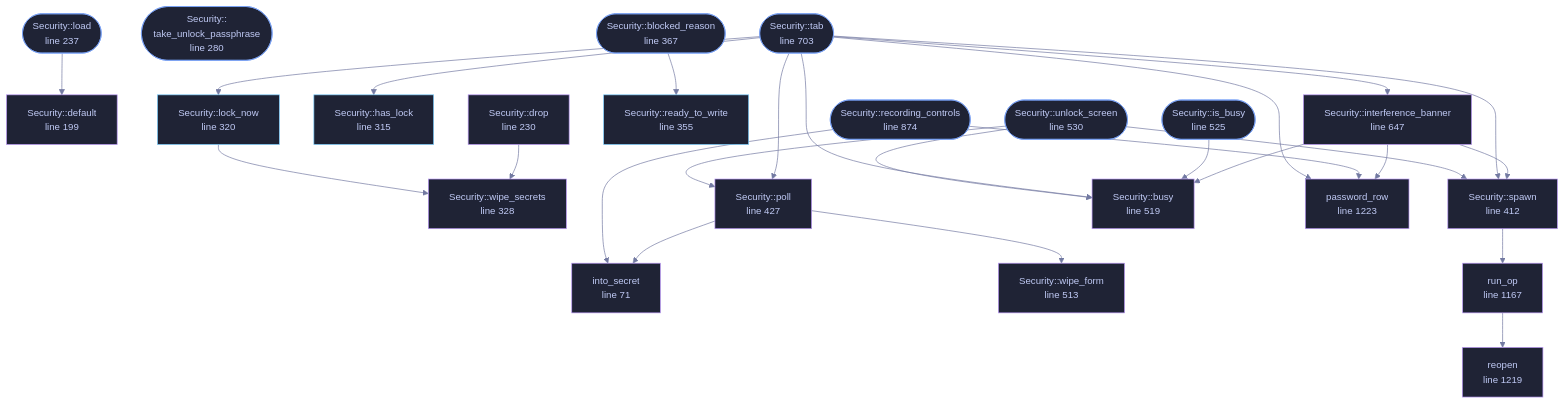
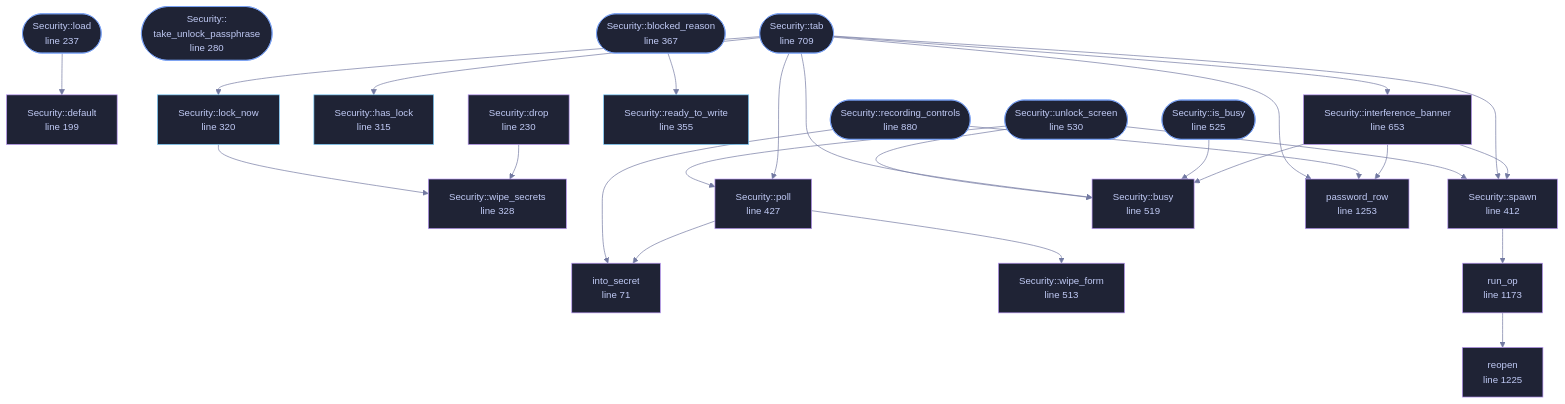
Before and after one commit to tilas01/veilvoice: the diagram in docs/files/veilvoice-gui/security.md, drawn with Mermaid. The commit also changed other lines of this file and 65 other files, not shown here.

First line of the commit message:
gui: F-107, and buttons that line up with the buttons beside them

````diff
--- a/docs/files/veilvoice-gui/security.md
+++ b/docs/files/veilvoice-gui/security.md
@@ -135,78 +135,78 @@
 ```mermaid
 %%{init: {"theme":"base","themeVariables":{"background":"#1a1b26","primaryColor":"#1f2335","primaryTextColor":"#c0caf5","primaryBorderColor":"#7aa2f7","secondaryColor":"#16161e","tertiaryColor":"#16161e","lineColor":"#737aa2","textColor":"#c0caf5","mainBkg":"#1f2335","nodeBorder":"#7aa2f7","clusterBkg":"#16161e","clusterBorder":"#2f3549","fontFamily":"ui-monospace, SFMono-Regular, Consolas, monospace","fontSize":"14px"}}}%%
 flowchart TD
     n_into_secret["into_secret<br/>line 71"]
     n_default["Security::default<br/>line 199"]
     n_drop["Security::drop<br/>line 230"]
     n_load(["Security::load<br/>line 237"])
     n_take_unlock_passphrase(["Security::<br/>take_unlock_passphrase<br/>line 280"])
     n_has_lock["Security::has_lock<br/>line 315"]
     n_lock_now["Security::lock_now<br/>line 320"]
     n_wipe_secrets["Security::wipe_secrets<br/>line 328"]
     n_ready_to_write["Security::ready_to_write<br/>line 355"]
     n_blocked_reason(["Security::blocked_reason<br/>line 367"])
     n_spawn["Security::spawn<br/>line 412"]
     n_poll["Security::poll<br/>line 427"]
     n_wipe_form["Security::wipe_form<br/>line 513"]
     n_busy["Security::busy<br/>line 519"]
     n_is_busy(["Security::is_busy<br/>line 525"])
     n_unlock_screen(["Security::unlock_screen<br/>line 530"])
-    n_interference_banner["Security::interference_banner<br/>line 647"]
-    n_tab(["Security::tab<br/>line 703"])
-    n_recording_controls(["Security::recording_controls<br/>line 874"])
-    n_run_op["run_op<br/>line 1167"]
-    n_reopen["reopen<br/>line 1219"]
-    n_password_row["password_row<br/>line 1223"]
+    n_interference_banner["Security::interference_banner<br/>line 653"]
+    n_tab(["Security::tab<br/>line 709"])
+    n_recording_controls(["Security::recording_controls<br/>line 880"])
+    n_run_op["run_op<br/>line 1173"]
+    n_reopen["reopen<br/>line 1225"]
+    n_password_row["password_row<br/>line 1253"]
     n_blocked_reason --> n_ready_to_write
     n_drop --> n_wipe_secrets
     n_interference_banner --> n_busy
     n_interference_banner --> n_password_row
     n_interference_banner --> n_spawn
     n_is_busy --> n_busy
     n_load --> n_default
     n_lock_now --> n_wipe_secrets
     n_poll --> n_into_secret
     n_poll --> n_wipe_form
     n_recording_controls --> n_into_secret
     n_recording_controls --> n_password_row
     n_run_op --> n_reopen
     n_spawn --> n_run_op
     n_tab --> n_busy
     n_tab --> n_has_lock
     n_tab --> n_interference_banner
     n_tab --> n_lock_now
     n_tab --> n_password_row
     n_tab --> n_poll
     n_tab --> n_spawn
     n_unlock_screen --> n_busy
     n_unlock_screen --> n_poll
     n_unlock_screen --> n_spawn
     click n_into_secret href "https://github.com/tilas01/veilvoice/blob/main/crates/veilvoice-gui/src/security.rs#L71" "open the source"
     click n_default href "https://github.com/tilas01/veilvoice/blob/main/crates/veilvoice-gui/src/security.rs#L199" "open the source"
     click n_drop href "https://github.com/tilas01/veilvoice/blob/main/crates/veilvoice-gui/src/security.rs#L230" "open the source"
     click n_load href "https://github.com/tilas01/veilvoice/blob/main/crates/veilvoice-gui/src/security.rs#L237" "open the source"
     click n_take_unlock_passphrase href "https://github.com/tilas01/veilvoice/blob/main/crates/veilvoice-gui/src/security.rs#L280" "open the source"
     click n_has_lock href "https://github.com/tilas01/veilvoice/blob/main/crates/veilvoice-gui/src/security.rs#L315" "open the source"
     click n_lock_now href "https://github.com/tilas01/veilvoice/blob/main/crates/veilvoice-gui/src/security.rs#L320" "open the source"
     click n_wipe_secrets href "https://github.com/tilas01/veilvoice/blob/main/crates/veilvoice-gui/src/security.rs#L328" "open the source"
     click n_ready_to_write href "https://github.com/tilas01/veilvoice/blob/main/crates/veilvoice-gui/src/security.rs#L355" "open the source"
     click n_blocked_reason href "https://github.com/tilas01/veilvoice/blob/main/crates/veilvoice-gui/src/security.rs#L367" "open the source"
     click n_spawn href "https://github.com/tilas01/veilvoice/blob/main/crates/veilvoice-gui/src/security.rs#L412" "open the source"
     click n_poll href "https://github.com/tilas01/veilvoice/blob/main/crates/veilvoice-gui/src/security.rs#L427" "open the source"
     click n_wipe_form href "https://github.com/tilas01/veilvoice/blob/main/crates/veilvoice-gui/src/security.rs#L513" "open the source"
     click n_busy href "https://github.com/tilas01/veilvoice/blob/main/crates/veilvoice-gui/src/security.rs#L519" "open the source"
     click n_is_busy href "https://github.com/tilas01/veilvoice/blob/main/crates/veilvoice-gui/src/security.rs#L525" "open the source"
     click n_unlock_screen href "https://github.com/tilas01/veilvoice/blob/main/crates/veilvoice-gui/src/security.rs#L530" "open the source"
-    click n_interference_banner href "https://github.com/tilas01/veilvoice/blob/main/crates/veilvoice-gui/src/security.rs#L647" "open the source"
-    click n_tab href "https://github.com/tilas01/veilvoice/blob/main/crates/veilvoice-gui/src/security.rs#L703" "open the source"
-    click n_recording_controls href "https://github.com/tilas01/veilvoice/blob/main/crates/veilvoice-gui/src/security.rs#L874" "open the source"
-    click n_run_op href "https://github.com/tilas01/veilvoice/blob/main/crates/veilvoice-gui/src/security.rs#L1167" "open the source"
-    click n_reopen href "https://github.com/tilas01/veilvoice/blob/main/crates/veilvoice-gui/src/security.rs#L1219" "open the source"
-    click n_password_row href "https://github.com/tilas01/veilvoice/blob/main/crates/veilvoice-gui/src/security.rs#L1223" "open the source"
+    click n_interference_banner href "https://github.com/tilas01/veilvoice/blob/main/crates/veilvoice-gui/src/security.rs#L653" "open the source"
+    click n_tab href "https://github.com/tilas01/veilvoice/blob/main/crates/veilvoice-gui/src/security.rs#L709" "open the source"
+    click n_recording_controls href "https://github.com/tilas01/veilvoice/blob/main/crates/veilvoice-gui/src/security.rs#L880" "open the source"
+    click n_run_op href "https://github.com/tilas01/veilvoice/blob/main/crates/veilvoice-gui/src/security.rs#L1173" "open the source"
+    click n_reopen href "https://github.com/tilas01/veilvoice/blob/main/crates/veilvoice-gui/src/security.rs#L1225" "open the source"
+    click n_password_row href "https://github.com/tilas01/veilvoice/blob/main/crates/veilvoice-gui/src/security.rs#L1253" "open the source"
     classDef entry fill:#1f2335,stroke:#7aa2f7,color:#c0caf5
     class n_load,n_take_unlock_passphrase,n_blocked_reason,n_is_busy,n_unlock_screen,n_tab,n_recording_controls entry
     classDef api fill:#1f2335,stroke:#7dcfff,color:#c0caf5
     class n_has_lock,n_lock_now,n_ready_to_write api
     classDef helper fill:#1f2335,stroke:#bb9af7,color:#c0caf5
     class n_into_secret,n_default,n_drop,n_wipe_secrets,n_spawn,n_poll,n_wipe_form,n_busy,n_interference_banner,n_run_op,n_reopen,n_password_row helper
 ```
````
